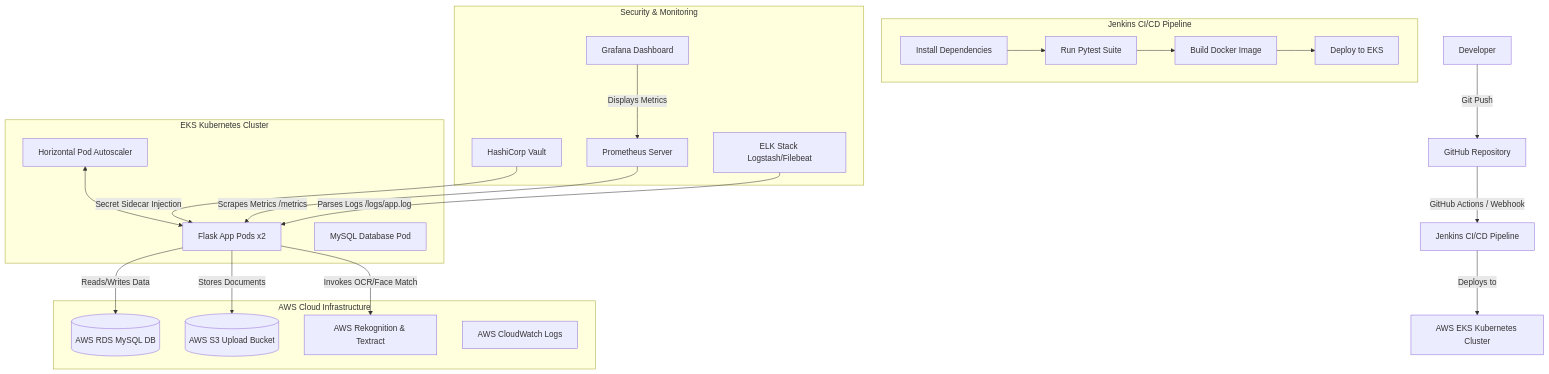
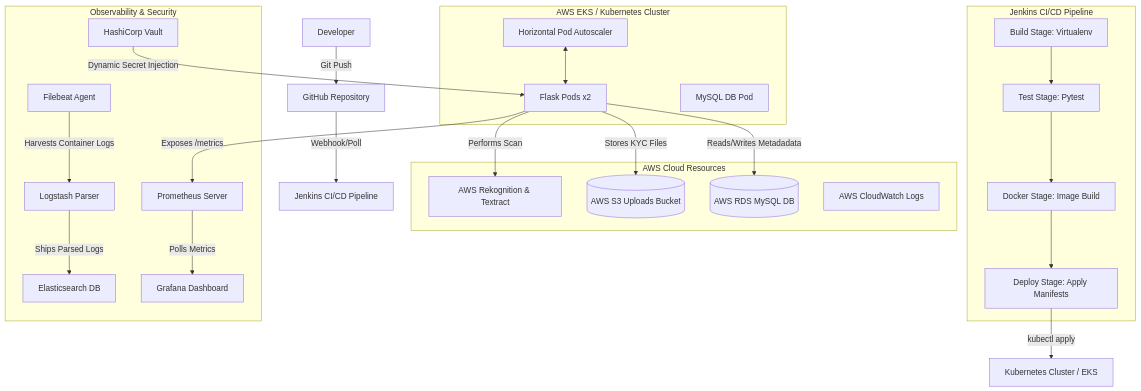
Before and after one commit to rehman0601/digital-kyc: the diagram in PROJECT_DOCUMENTATION.md, drawn with Mermaid. The commit also changed other lines of this file, not shown here.

Commit message:
Update project documentation to match template structure, add student details, and remove AI traces

````diff
--- a/PROJECT_DOCUMENTATION.md
+++ b/PROJECT_DOCUMENTATION.md
@@ -13,42 +70,45 @@
 ```mermaid
 graph TD
     Developer[Developer] -->|Git Push| GitHub[GitHub Repository]
-    GitHub -->|GitHub Actions / Webhook| Jenkins[Jenkins CI/CD Pipeline]
+    GitHub -->|Webhook/Poll| Jenkins[Jenkins CI/CD Pipeline]
     
-    subgraph Pipeline [Jenkins CI/CD Pipeline]
-        Build[Install Dependencies] --> Test[Run Pytest Suite]
-        Test --> DockerBuild[Build Docker Image]
-        DockerBuild --> Deploy[Deploy to EKS]
+    subgraph CI_CD [Jenkins CI/CD Pipeline]
+        Build[Build Stage: Virtualenv] --> Test[Test Stage: Pytest]
+        Test --> DockerBuild[Docker Stage: Image Build]
+        DockerBuild --> Deploy[Deploy Stage: Apply Manifests]
     end
     
-    Jenkins -->|Deploys to| EKS[AWS EKS Kubernetes Cluster]
+    Deploy -->|kubectl apply| K8s[Kubernetes Cluster / EKS]
     
-    subgraph Kubernetes [EKS Kubernetes Cluster]
-        FlaskPods[Flask App Pods x2]
+    subgraph EKS_Cluster [AWS EKS / Kubernetes Cluster]
+        FlaskPods[Flask Pods x2]
+        MySQLPod[MySQL DB Pod]
         HPA[Horizontal Pod Autoscaler] <--> FlaskPods
-        MySQLPod[MySQL Database Pod]
     end
     
-    subgraph AWS [AWS Cloud Infrastructure]
+    subgraph AWS_Cloud [AWS Cloud Resources]
         RDS[(AWS RDS MySQL DB)]
-        S3[(AWS S3 Upload Bucket)]
+        S3[(AWS S3 Uploads Bucket)]
         Rekognition[AWS Rekognition & Textract]
         CloudWatch[AWS CloudWatch Logs]
     end
     
-    FlaskPods -->|Stores Documents| S3
-    FlaskPods -->|Reads/Writes Data| RDS
-    FlaskPods -->|Invokes OCR/Face Match| Rekognition
+    FlaskPods -->|Reads/Writes Metadadata| RDS
+    FlaskPods -->|Stores KYC Files| S3
+    FlaskPods -->|Performs Scan| Rekognition
     
-    subgraph Security & Monitoring
-        Vault[HashiCorp Vault]
+    subgraph Observability_Security [Observability & Security]
         Prometheus[Prometheus Server]
         Grafana[Grafana Dashboard]
-        ELK[ELK Stack Logstash/Filebeat]
+        Logstash[Logstash Parser]
+        Elasticsearch[Elasticsearch DB]
+        Filebeat[Filebeat Agent]
+        Vault[HashiCorp Vault]
     end
     
-    Vault -->|Secret Sidecar Injection| FlaskPods
-    Prometheus -->|Scrapes Metrics /metrics| FlaskPods
-    Grafana -->|Displays Metrics| Prometheus
-    ELK -->|Parses Logs /logs/app.log| FlaskPods
+    FlaskPods -->|Exposes /metrics| Prometheus
+    Prometheus -->|Polls Metrics| Grafana
+    Filebeat -->|Harvests Container Logs| Logstash
+    Logstash -->|Ships Parsed Logs| Elasticsearch
+    Vault -->|Dynamic Secret Injection| FlaskPods
 ```
````
